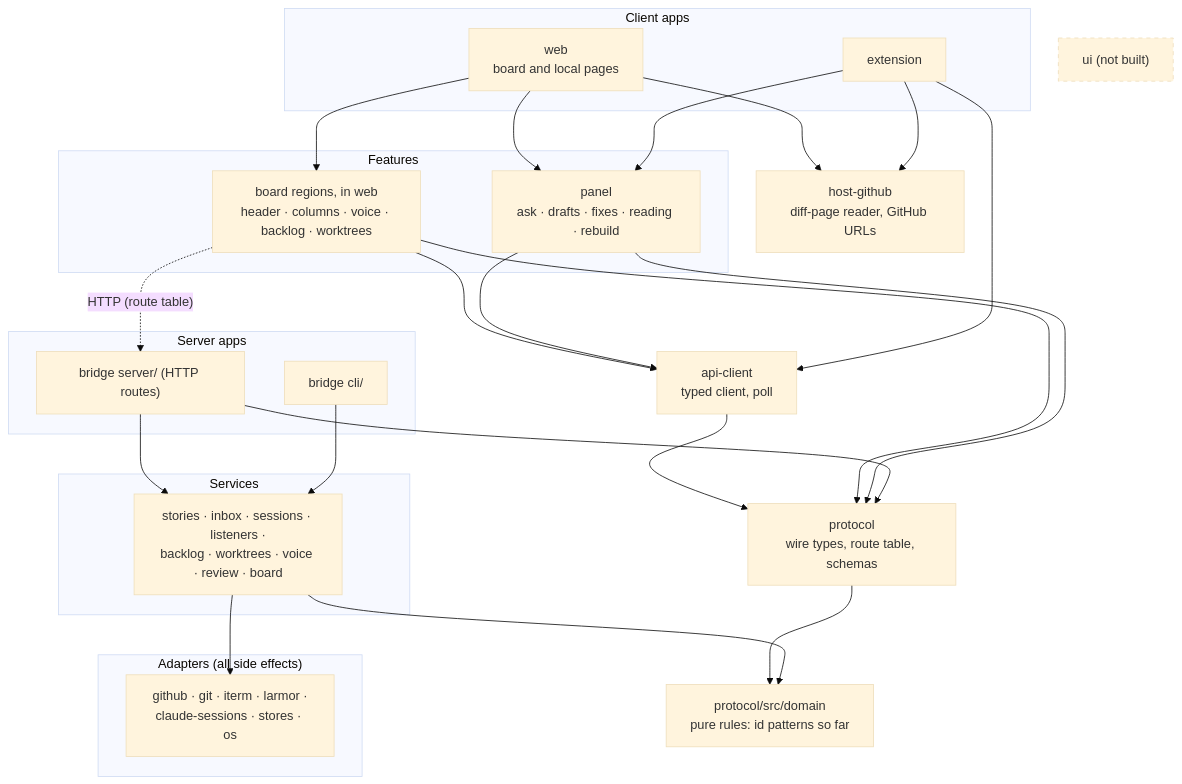
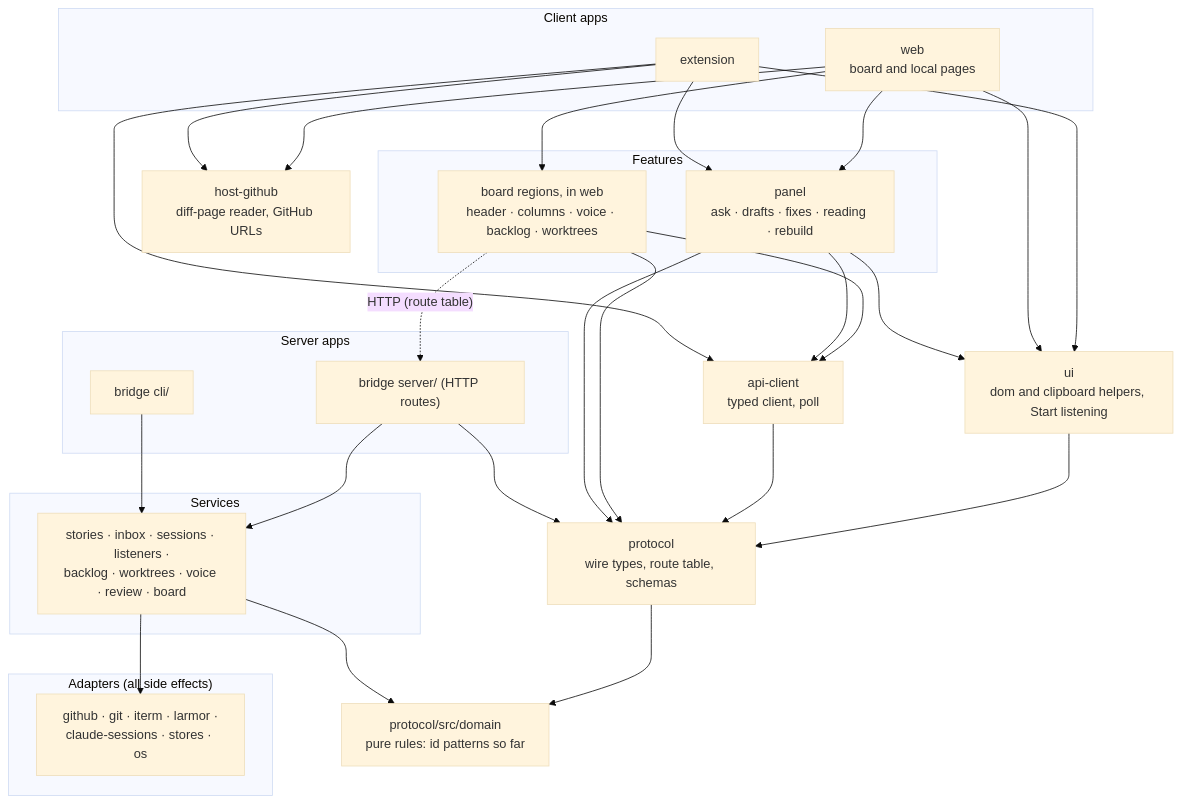
The diagram in docs/adr/adr-15-layered-packages-and-protocol.md (shank-eric/once-upon-a-diff), drawn with Mermaid (base theme) before and after one commit. The commit also changed other lines of this file and 51 other files, not shown here.

````diff
--- a/docs/adr/adr-15-layered-packages-and-protocol.md
+++ b/docs/adr/adr-15-layered-packages-and-protocol.md
@@ -24,48 +24,50 @@
 ```mermaid
 flowchart TB
   subgraph clientApps["Client apps"]
     web["web<br/>board and local pages"]
     ext["extension"]
   end
   subgraph features["Features"]
     boardview["board regions, in web<br/>header · columns · voice · backlog · worktrees"]
     panel["panel<br/>ask · drafts · fixes · reading · rebuild"]
   end
   host["host-github<br/>diff-page reader, GitHub URLs"]
-  ui["ui (not built)"]
+  ui["ui<br/>dom and clipboard helpers, Start listening"]
   api["api-client<br/>typed client, poll"]
   protocol["protocol<br/>wire types, route table, schemas"]
   domain["protocol/src/domain<br/>pure rules: id patterns so far"]
   subgraph serverApps["Server apps"]
     http["bridge server/ (HTTP routes)"]
     cli["bridge cli/"]
   end
   subgraph services["Services"]
     svc["stories · inbox · sessions · listeners ·<br/>backlog · worktrees · voice · review · board"]
   end
   subgraph adapters["Adapters (all side effects)"]
     ad["github · git · iterm · larmor ·<br/>claude-sessions · stores · os"]
   end
 
   web --> boardview
   web --> panel
   web --> host
   ext --> panel
   ext --> host
   boardview --> api
   panel --> api
   ext --> api
+  ext --> ui
+  web --> ui
+  panel --> ui
+  ui --> protocol
   api --> protocol
   boardview --> protocol
   panel --> protocol
   protocol --> domain
   http --> protocol
   http --> svc
   cli --> svc
   svc --> domain
   svc --> ad
   boardview -. "HTTP (route table)" .-> http
 
-  classDef future stroke-dasharray: 5 5
-  class ui future
 ```
````
